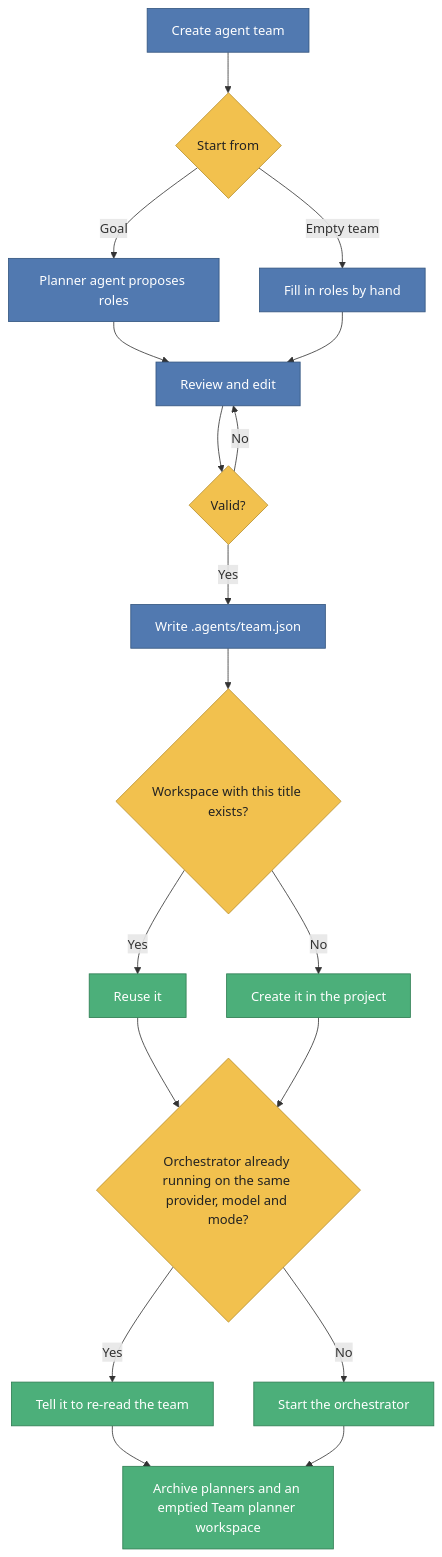
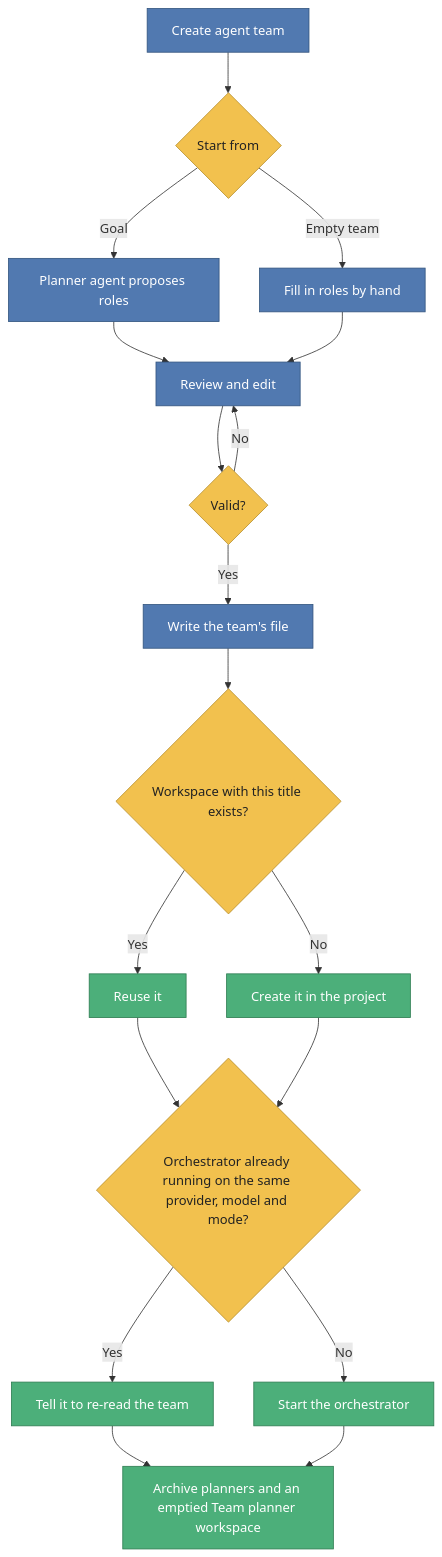
One commit to gyuha/paseo-agent-team changed the diagram in README.md. Above: the diagram before and after it, drawn with Mermaid. The commit also changed other lines of this file and 17 other files, not shown here.

First line of the commit message:
Give each workspace its own team, stored in .agents/teams/

````diff
--- a/README.md
+++ b/README.md
@@ -60,27 +62,27 @@
 ```mermaid
 flowchart TD
   A[Create agent team] --> B{Start from}
   B -->|Goal| C[Planner agent proposes roles]
   B -->|Empty team| D[Fill in roles by hand]
   C --> E[Review and edit]
   D --> E
   E --> F{Valid?}
   F -->|No| E
-  F -->|Yes| G[Write .agents/team.json]
+  F -->|Yes| G[Write the team's file]
   G --> H{Workspace with this title exists?}
   H -->|Yes| I[Reuse it]
   H -->|No| J[Create it in the project]
   I --> K{Orchestrator already running on the same provider, model and mode?}
   J --> K
   K -->|Yes| L[Tell it to re-read the team]
   K -->|No| M[Start the orchestrator]
   L --> N[Archive planners and an emptied Team planner workspace]
   M --> N
 
   classDef action fill:#5179b0,stroke:#33557f,color:#ffffff
   classDef decision fill:#f2c14e,stroke:#b8902f,color:#222222
   classDef result fill:#4caf7a,stroke:#2f7d52,color:#ffffff
   class A,C,D,E,G action
   class B,F,H,K decision
   class I,J,L,M,N result
 ```
````
